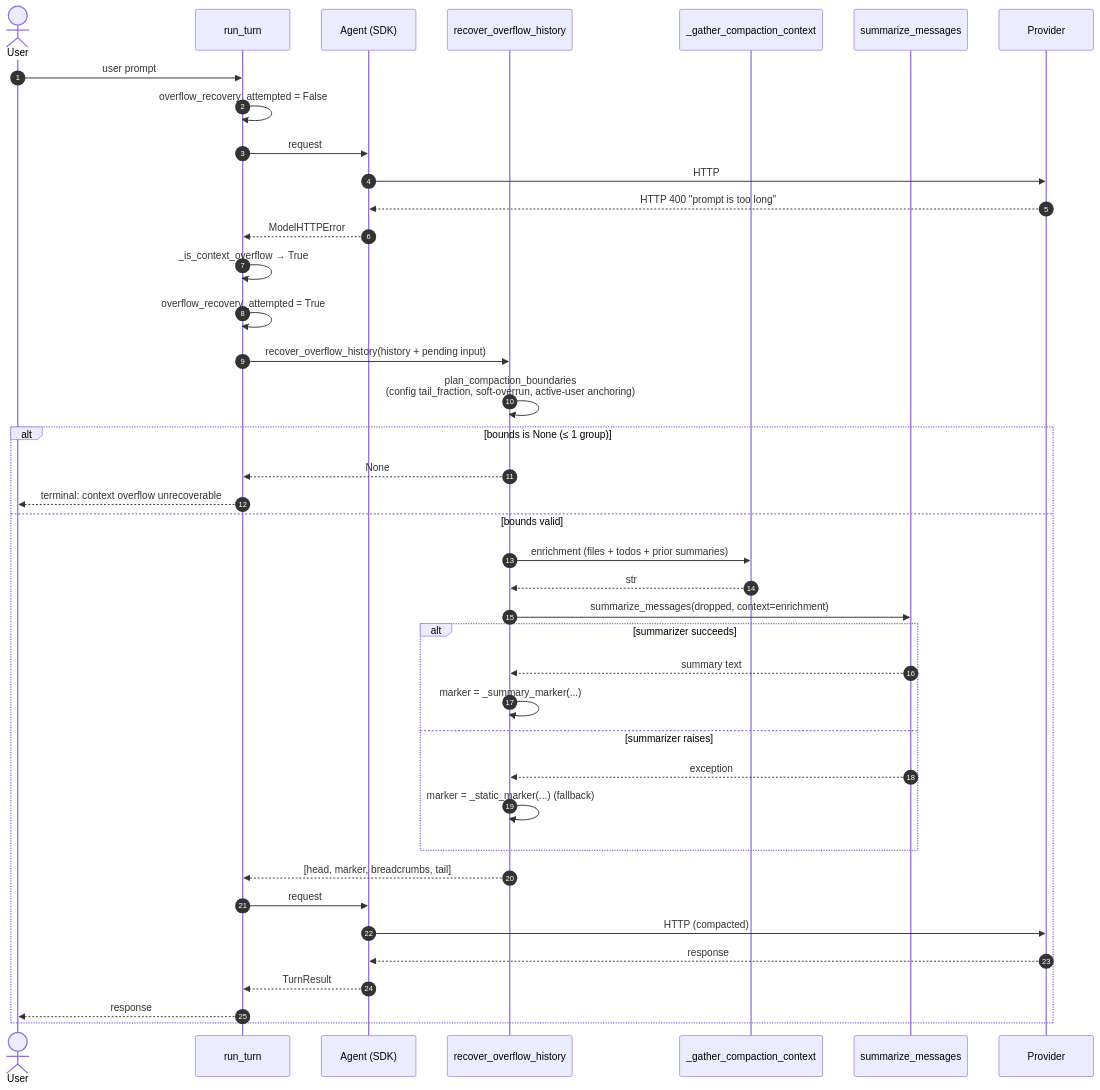
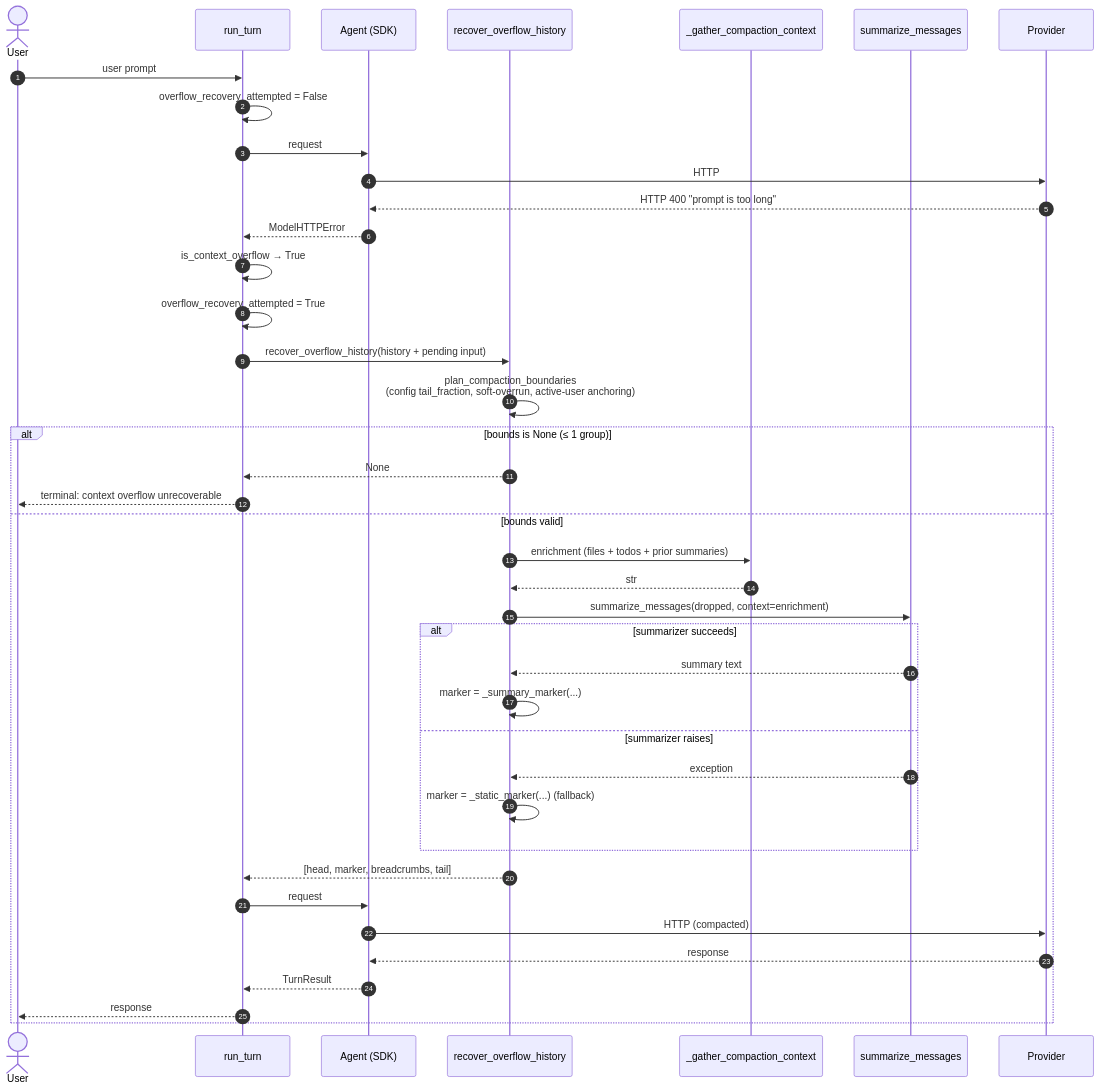
One commit to binlecode/co-cli changed the third of 7 diagrams in docs/specs/compaction.md. Above: the diagram before and after it, drawn with Mermaid. The commit also changed other lines of this file and 12 other files, not shown here.

````diff
--- a/docs/specs/compaction.md
+++ b/docs/specs/compaction.md
@@ -140,43 +140,43 @@
 ```mermaid
 sequenceDiagram
     autonumber
     actor U as User
     participant RT as run_turn
     participant AG as Agent (SDK)
     participant R as recover_overflow_history
     participant E as _gather_compaction_context
     participant S as summarize_messages
     participant M as Provider
 
     U->>RT: user prompt
     RT->>RT: overflow_recovery_attempted = False
     RT->>AG: request #1
     AG->>M: HTTP
     M-->>AG: HTTP 400 "prompt is too long"
     AG-->>RT: ModelHTTPError
-    RT->>RT: _is_context_overflow → True
+    RT->>RT: is_context_overflow → True
     RT->>RT: overflow_recovery_attempted = True
     RT->>R: recover_overflow_history(history + pending input)
     R->>R: plan_compaction_boundaries<br/>(config tail_fraction, soft-overrun, active-user anchoring)
     alt bounds is None (≤ 1 group)
         R-->>RT: None
         RT-->>U: terminal: context overflow unrecoverable
     else bounds valid
         R->>E: enrichment (files + todos + prior summaries)
         E-->>R: str
         R->>S: summarize_messages(dropped, context=enrichment)
         alt summarizer succeeds
             S-->>R: summary text
             R->>R: marker = _summary_marker(...)
         else summarizer raises
             S-->>R: exception
             R->>R: marker = _static_marker(...) (fallback)
         end
         R-->>RT: [head, marker, breadcrumbs, tail]
         RT->>AG: request #2 (retry)
         AG->>M: HTTP (compacted)
         M-->>AG: response
         AG-->>RT: TurnResult
         RT-->>U: response
     end
 ```
````
